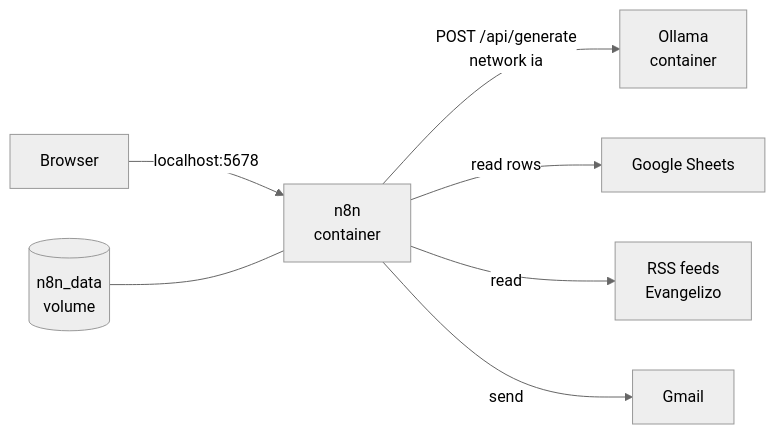
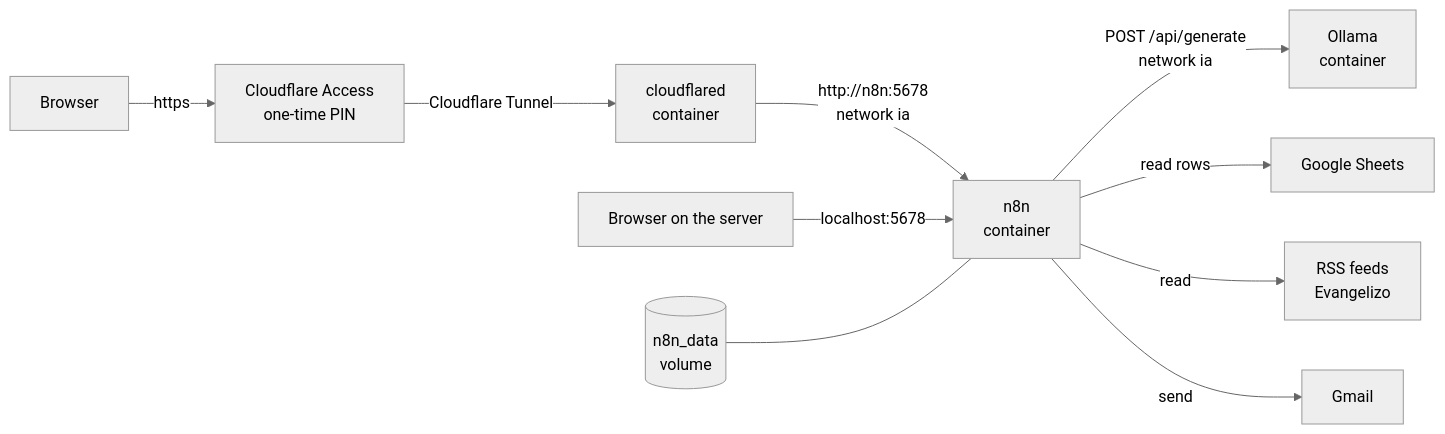
Before and after one commit to JuanMaVelezPa/lab-n8n: the diagram in README.md, drawn with Mermaid (neutral theme). The commit also changed other lines of this file and 7 other files, not shown here.

First line of the commit message:
feat: publish n8n through Cloudflare Tunnel behind Access (SPEC 06)

````diff
--- a/README.md
+++ b/README.md
@@ -20,9 +20,12 @@
 ```mermaid
 flowchart LR
-    browser["Browser"] -->|"localhost:5678"| n8n["n8n<br>container"]
+    browser["Browser"] -->|"https"| access["Cloudflare Access<br>one-time PIN"]
+    access -->|"Cloudflare Tunnel"| cfd["cloudflared<br>container"]
+    cfd -->|"http://n8n:5678<br>network ia"| n8n["n8n<br>container"]
+    local["Browser on the server"] -->|"localhost:5678"| n8n
     vol[("n8n_data<br>volume")] --- n8n
     n8n -->|"POST /api/generate<br>network ia"| ollama["Ollama<br>container"]
     n8n -->|"read rows"| sheets["Google Sheets"]
     n8n -->|"read"| sources["RSS feeds<br>Evangelizo"]
     n8n -->|"send"| gmail["Gmail"]
 ```
````
